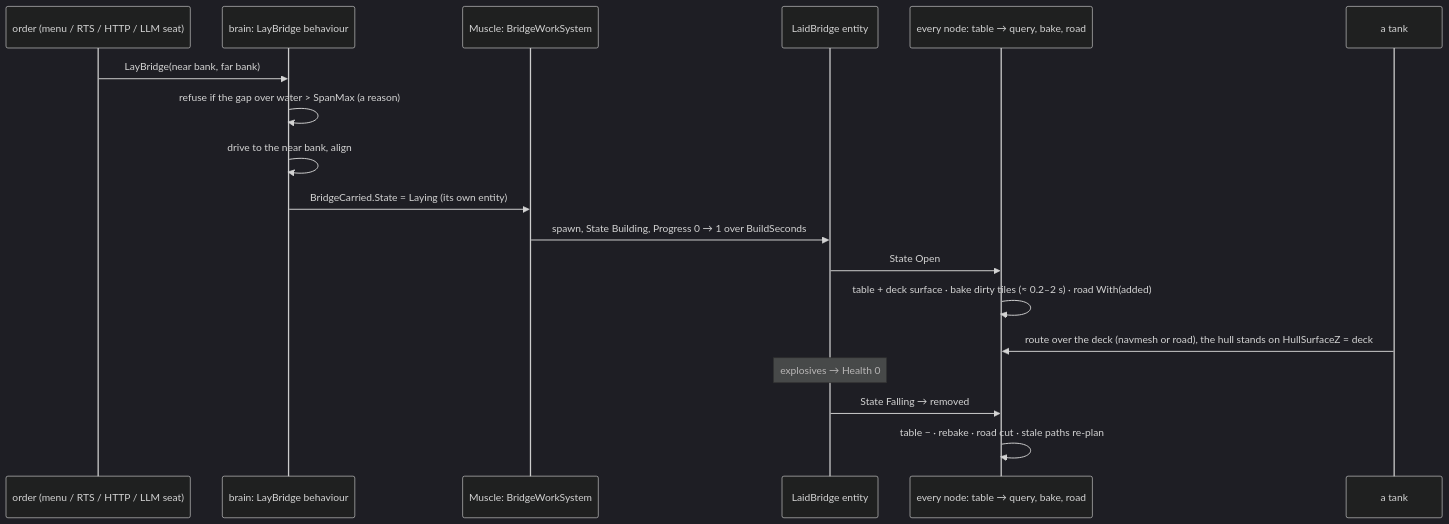
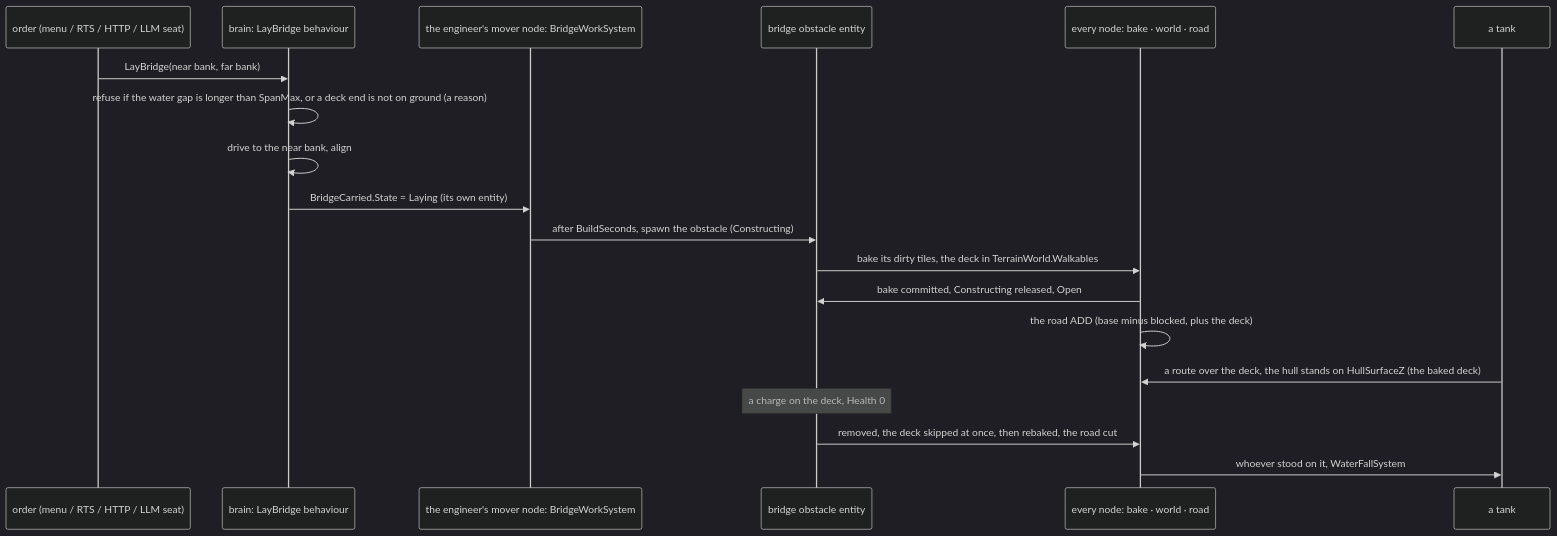
One commit to pjanec/HROT changed the third of 3 diagrams in docs/designs/engineering/DESIGN_Bridge_Laying.md. Above: the diagram before and after it, drawn with Mermaid (dark theme). The commit also changed other lines of this file and 1 other file, not shown here.

First line of the commit message:
Bridge laying design rev 2: the independent review folded — a static-obstacle WALKABLE kind, one deck in the baked world, deck-footprint damage, a water fall, the road add kept apart

````diff
--- a/docs/designs/engineering/DESIGN_Bridge_Laying.md
+++ b/docs/designs/engineering/DESIGN_Bridge_Laying.md
@@ -124,20 +124,21 @@
 ```mermaid
 sequenceDiagram
   participant O as order (menu / RTS / HTTP / LLM seat)
   participant B as brain: LayBridge behaviour
-  participant M as Muscle: BridgeWorkSystem
-  participant E as LaidBridge entity
-  participant N as every node: table → query, bake, road
+  participant W as the engineer's mover node: BridgeWorkSystem
+  participant E as bridge obstacle entity
+  participant N as every node: bake · world · road
   participant V as a tank
   O->>B: LayBridge(near bank, far bank)
-  B->>B: refuse if the gap over water > SpanMax (a reason)
+  B->>B: refuse if the water gap is longer than SpanMax, or a deck end is not on ground (a reason)
   B->>B: drive to the near bank, align
-  B->>M: BridgeCarried.State = Laying (its own entity)
-  M->>E: spawn, State Building, Progress 0 → 1 over BuildSeconds
-  E->>N: State Open
-  N->>N: table + deck surface · bake dirty tiles (≈ 0.2–2 s) · road With(added)
-  V->>N: route over the deck (navmesh or road), the hull stands on HullSurfaceZ = deck
-  Note over E: explosives → Health 0
-  E->>N: State Falling → removed
-  N->>N: table − · rebake · road cut · stale paths re-plan
+  B->>W: BridgeCarried.State = Laying (its own entity)
+  W->>E: after BuildSeconds, spawn the obstacle (Constructing)
+  E->>N: bake its dirty tiles, the deck in TerrainWorld.Walkables
+  N->>E: bake committed, Constructing released, Open
+  N->>N: the road ADD (base minus blocked, plus the deck)
+  V->>N: a route over the deck, the hull stands on HullSurfaceZ (the baked deck)
+  Note over E: a charge on the deck, Health 0
+  E->>N: removed, the deck skipped at once, then rebaked, the road cut
+  N->>V: whoever stood on it, WaterFallSystem
 ```
````
